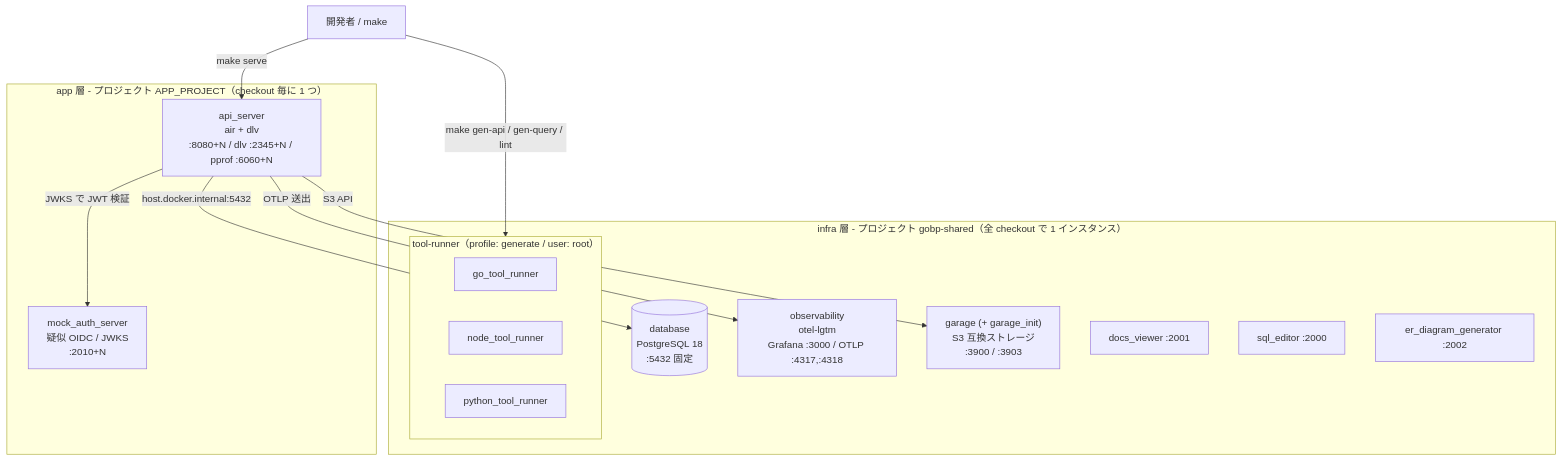
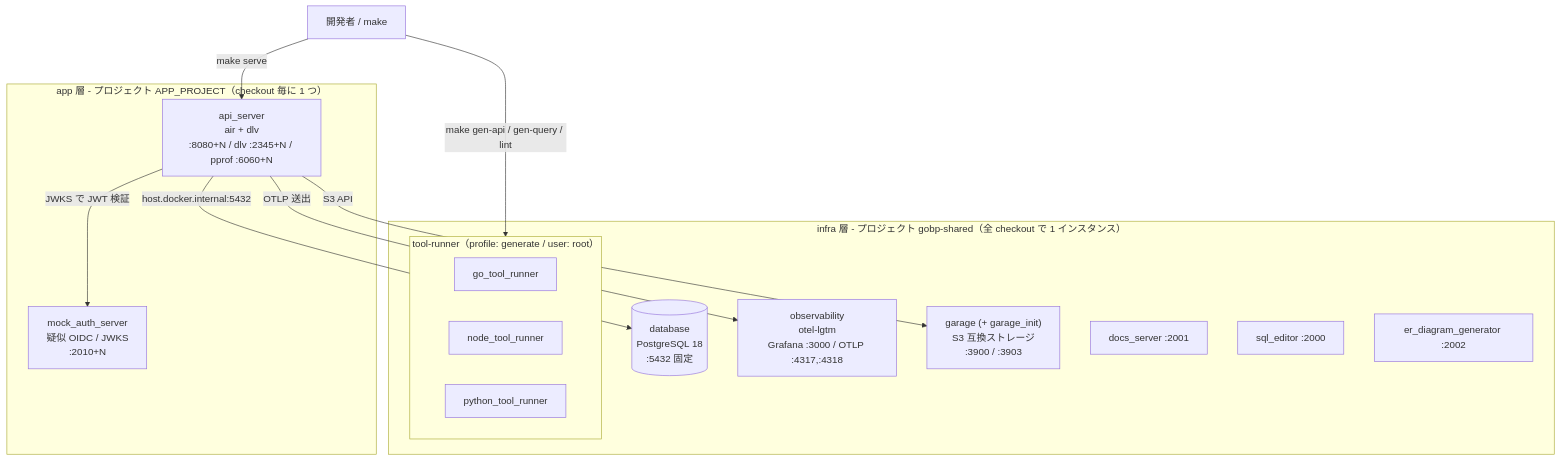
One commit to Tomy-ch/go-boilerplate changed the first of 2 diagrams in docs/ja/maintenance/local-environment.ja.md. Above: the diagram before and after it, drawn with Mermaid. The commit also changed other lines of this file and 30 other files, not shown here.

````diff
--- a/docs/ja/maintenance/local-environment.ja.md
+++ b/docs/ja/maintenance/local-environment.ja.md
@@ -17,30 +17,30 @@
 ```mermaid
 graph TB
   dev["開発者 / make"]
 
   subgraph infra["infra 層 - プロジェクト gobp-shared（全 checkout で 1 インスタンス）"]
     db[("database<br/>PostgreSQL 18<br/>:5432 固定")]
     obs["observability<br/>otel-lgtm<br/>Grafana :3000 / OTLP :4317,:4318"]
     gar["garage (+ garage_init)<br/>S3 互換ストレージ<br/>:3900 / :3903"]
-    docs["docs_viewer :2001"]
+    docs["docs_server :2001"]
     sql["sql_editor :2000"]
     er["er_diagram_generator :2002"]
     subgraph runners["tool-runner（profile: generate / user: root）"]
       go["go_tool_runner"]
       node["node_tool_runner"]
       py["python_tool_runner"]
     end
   end
 
   subgraph app["app 層 - プロジェクト APP_PROJECT（checkout 毎に 1 つ）"]
     api["api_server<br/>air + dlv<br/>:8080+N / dlv :2345+N / pprof :6060+N"]
     auth["mock_auth_server<br/>疑似 OIDC / JWKS<br/>:2010+N"]
   end
 
   dev -->|make serve| api
   dev -->|make gen-api / gen-query / lint| runners
   api -->|host.docker.internal:5432| db
   api -->|OTLP 送出| obs
   api -->|S3 API| gar
   api -->|JWKS で JWT 検証| auth
 ```
````
